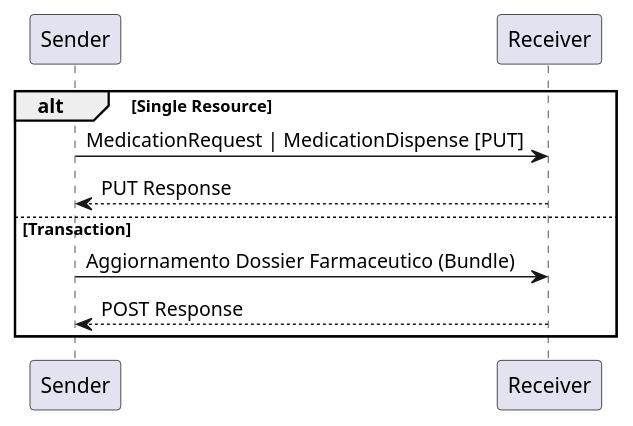
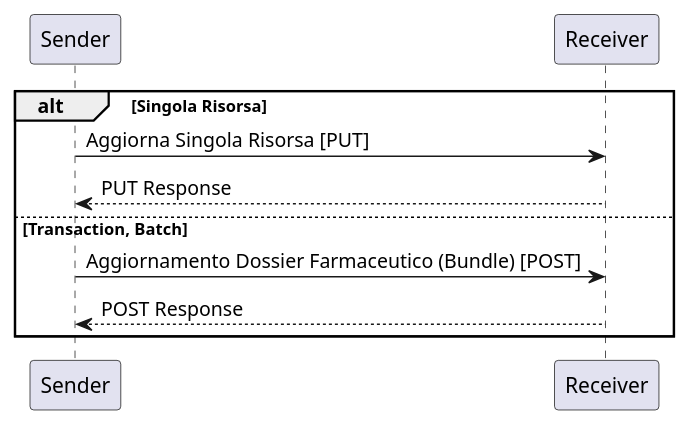
One commit to hl7-it/dossier-pharma changed the diagram in input/images-source/sequence-2.plantuml. Above: the diagram before and after it, drawn with PlantUML. The commit also changed 8 other files, not shown here.

Commit message:
Revised sequence diagrams

```diff
--- a/input/images-source/sequence-2.plantuml
+++ b/input/images-source/sequence-2.plantuml
@@ -1,9 +1,9 @@
 @startuml
-alt Single Resource
-	"Sender" -> "Receiver" : MedicationRequest | MedicationDispense [PUT]
+alt Singola Risorsa
+	"Sender" -> "Receiver" : Aggiorna Singola Risorsa [PUT]
 	"Receiver" --> "Sender" : PUT Response
-else Transaction
-	"Sender" -> "Receiver" : Aggiornamento Dossier Farmaceutico (Bundle)
+else Transaction, Batch
+	"Sender" -> "Receiver" : Aggiornamento Dossier Farmaceutico (Bundle) [POST]
 	"Receiver" --> "Sender" : POST Response
 end
 @enduml
```
